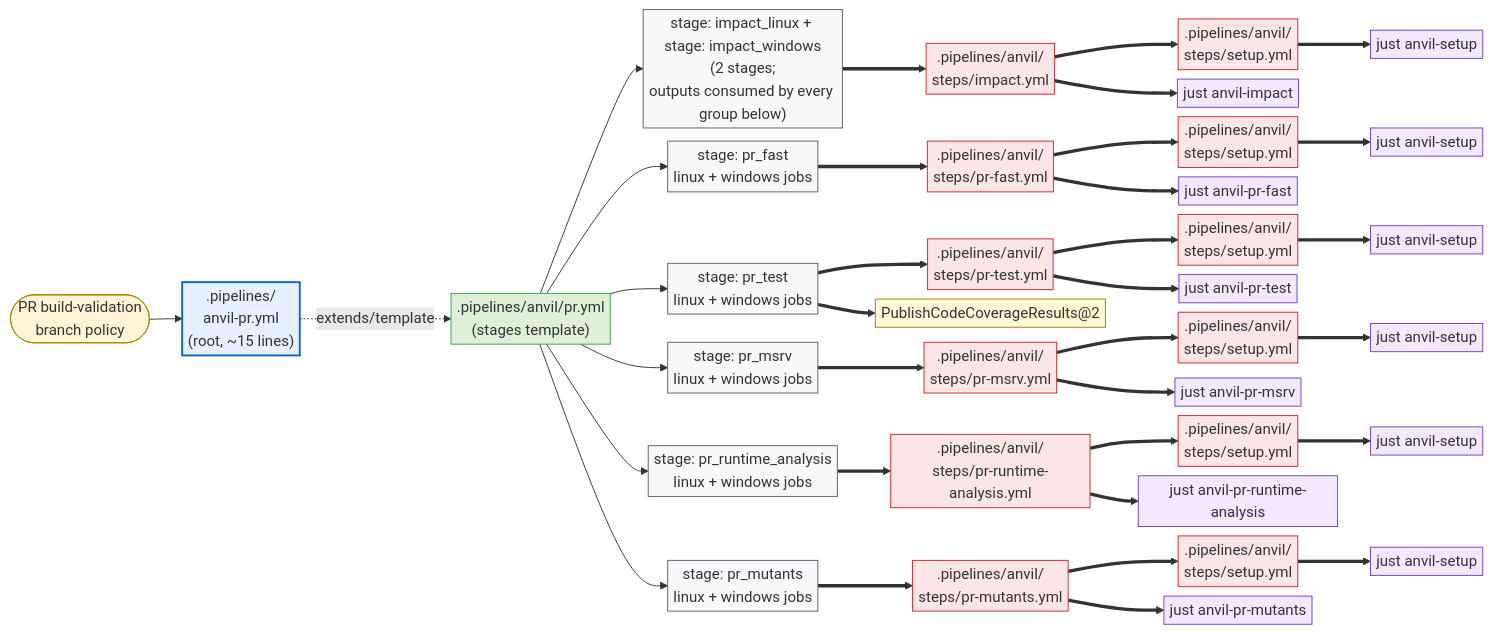
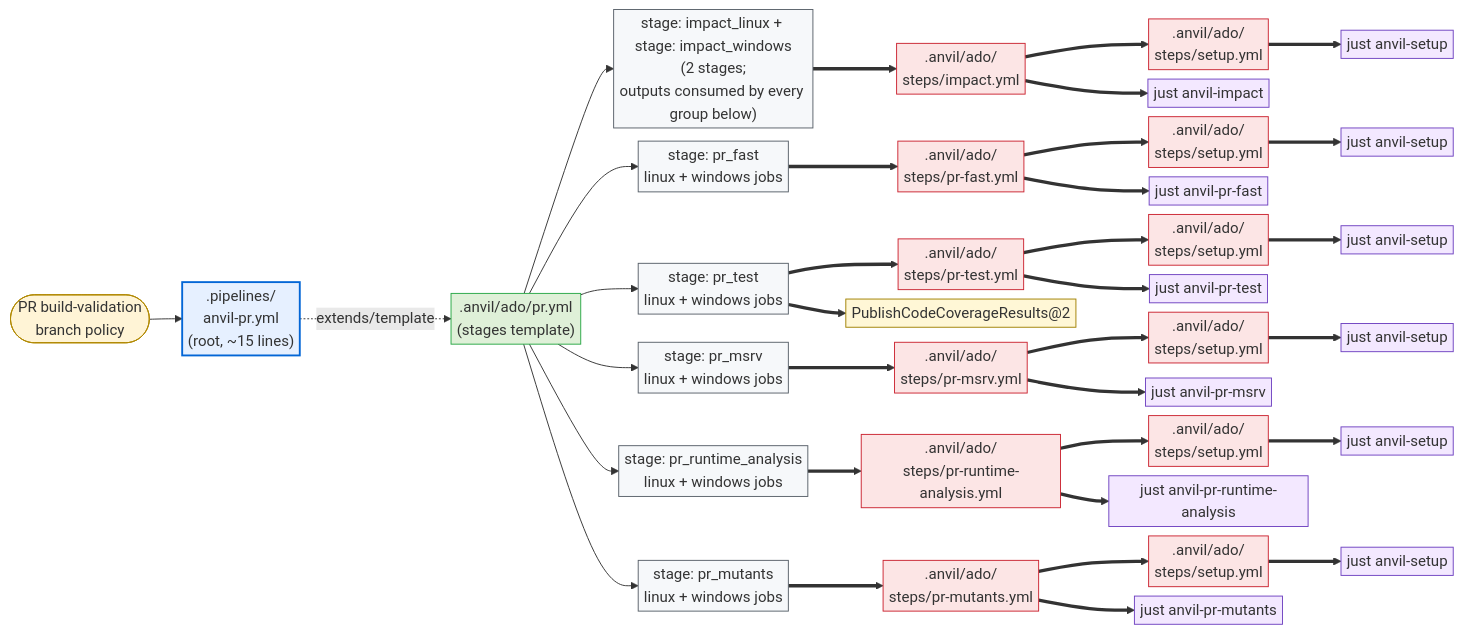
The first of 2 diagrams in crates/cargo-anvil/docs/design/ado.md (microsoft/ox-tools), drawn with Mermaid before and after one commit. The commit also changed other lines of this file and 156 other files, not shown here.

```diff
--- a/crates/cargo-anvil/docs/design/ado.md
+++ b/crates/cargo-anvil/docs/design/ado.md
@@ -46,25 +46,25 @@
 flowchart LR
     pr_evt([PR build-validation<br/>branch policy]):::trigger
     pr_root[".pipelines/<br/>anvil-pr.yml<br/>(root, ~15 lines)"]:::root
-    pr_stages[".pipelines/anvil/pr.yml<br/>(stages template)"]:::impl
+    pr_stages[".anvil/ado/pr.yml<br/>(stages template)"]:::impl
     impact_s["stage: impact_linux + stage: impact_windows<br/>(2 stages;<br/>outputs consumed by every group below)"]:::stage
     pr_fast_s["stage: pr_fast<br/>linux + windows jobs"]:::stage
     pr_test_s["stage: pr_test<br/>linux + windows jobs"]:::stage
     pr_msrv_s["stage: pr_msrv<br/>linux + windows jobs"]:::stage
     pr_runtime_analysis_s["stage: pr_runtime_analysis<br/>linux + windows jobs"]:::stage
     pr_mutants_s["stage: pr_mutants<br/>linux + windows jobs"]:::stage
-    impact_step[".pipelines/anvil/<br/>steps/impact.yml"]:::step
-    impact_setup[".pipelines/anvil/<br/>steps/setup.yml"]:::step
-    fast_setup[".pipelines/anvil/<br/>steps/setup.yml"]:::step
-    test_setup[".pipelines/anvil/<br/>steps/setup.yml"]:::step
-    msrv_setup[".pipelines/anvil/<br/>steps/setup.yml"]:::step
-    runtime_setup[".pipelines/anvil/<br/>steps/setup.yml"]:::step
-    mutants_setup[".pipelines/anvil/<br/>steps/setup.yml"]:::step
-    fast_step[".pipelines/anvil/<br/>steps/pr-fast.yml"]:::step
-    test_step[".pipelines/anvil/<br/>steps/pr-test.yml"]:::step
-    msrv_step[".pipelines/anvil/<br/>steps/pr-msrv.yml"]:::step
-    runtime_step[".pipelines/anvil/<br/>steps/pr-runtime-analysis.yml"]:::step
-    mutants_step[".pipelines/anvil/<br/>steps/pr-mutants.yml"]:::step
+    impact_step[".anvil/ado/<br/>steps/impact.yml"]:::step
+    impact_setup[".anvil/ado/<br/>steps/setup.yml"]:::step
+    fast_setup[".anvil/ado/<br/>steps/setup.yml"]:::step
+    test_setup[".anvil/ado/<br/>steps/setup.yml"]:::step
+    msrv_setup[".anvil/ado/<br/>steps/setup.yml"]:::step
+    runtime_setup[".anvil/ado/<br/>steps/setup.yml"]:::step
+    mutants_setup[".anvil/ado/<br/>steps/setup.yml"]:::step
+    fast_step[".anvil/ado/<br/>steps/pr-fast.yml"]:::step
+    test_step[".anvil/ado/<br/>steps/pr-test.yml"]:::step
+    msrv_step[".anvil/ado/<br/>steps/pr-msrv.yml"]:::step
+    runtime_step[".anvil/ado/<br/>steps/pr-runtime-analysis.yml"]:::step
+    mutants_step[".anvil/ado/<br/>steps/pr-mutants.yml"]:::step
     publish_coverage["PublishCodeCoverageResults@2"]:::external
     fast_just["just anvil-pr-fast"]:::recipe
     fast_setup_just["just anvil-setup"]:::recipe
```
